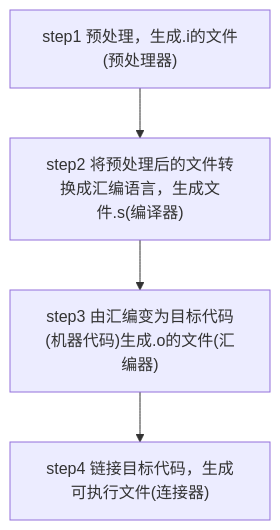
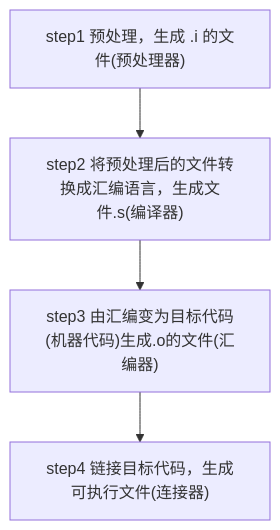
One commit to enigmaiiiiiiii/Learning-Record-Write-By-Obsidian changed the diagram in sorted/c++/c++程序的编译/c++编译器.md. Above: the diagram before and after it, drawn with Mermaid. The commit also changed other lines of this file and 13 other files, not shown here.

````diff
--- a/sorted/c++/c++程序的编译/c++编译器.md
+++ b/sorted/c++/c++程序的编译/c++编译器.md
@@ -14,6 +14,6 @@
 ```mermaid
 graph TD
-A["step1 预处理，生成.i的文件(预处理器)"] --> B["step2 将预处理后的文件转换成汇编语言，生成文件.s(编译器)"]
+A["step1 预处理，生成 .i 的文件(预处理器)"] --> B["step2 将预处理后的文件转换成汇编语言，生成文件.s(编译器)"]
 B --> C["step3 由汇编变为目标代码(机器代码)生成.o的文件(汇编器)"]
 C --> D["step4 链接目标代码，生成可执行文件(连接器)"]
 ```
````
